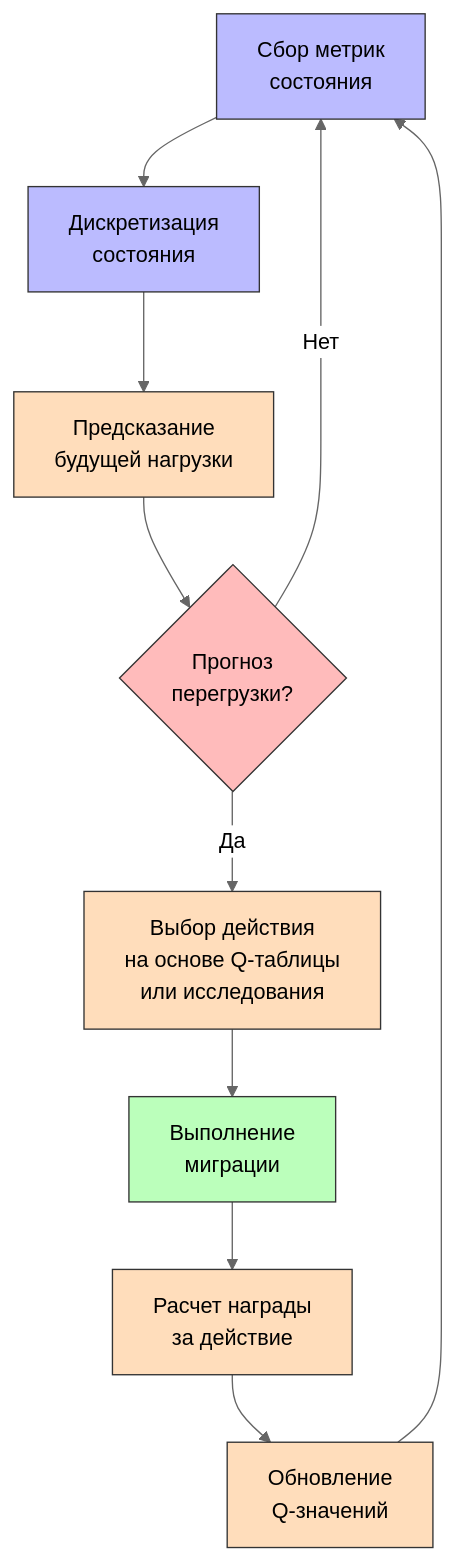
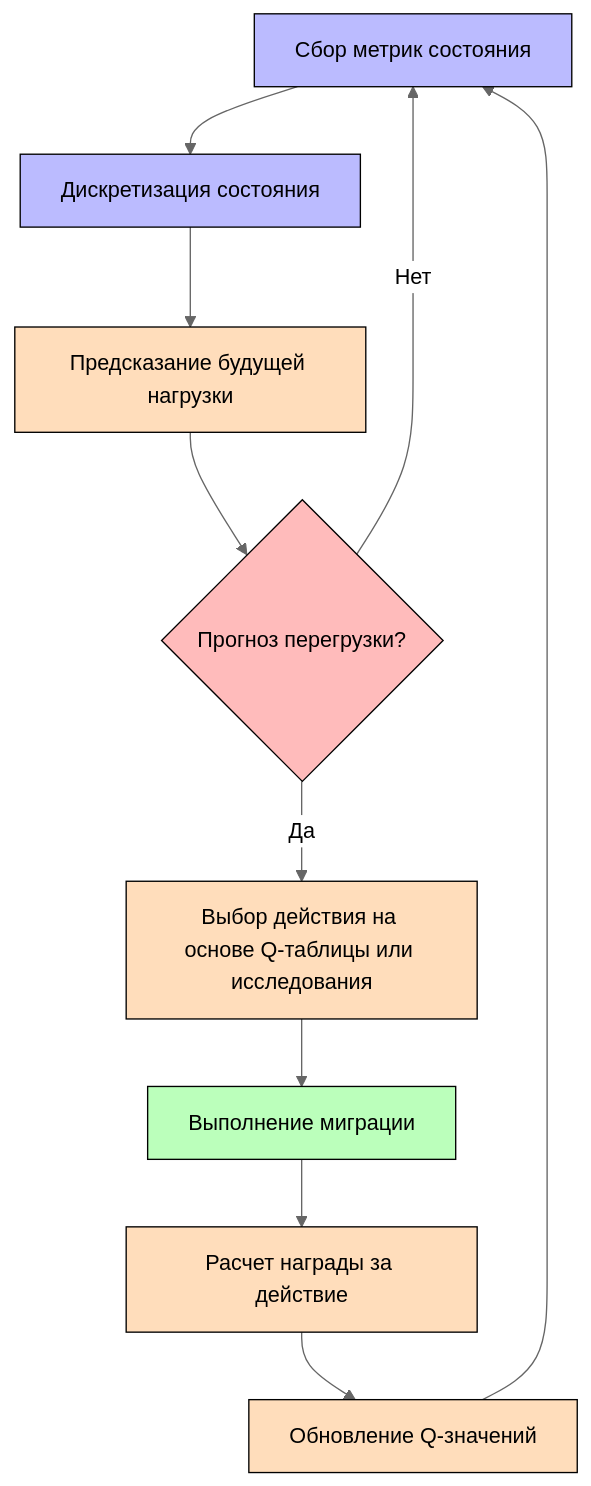
Before and after one commit to JerAndo4/migration_vkr: the diagram in Архитектура/qlearning-model.mermaid, drawn with Mermaid (neutral theme). The commit also changed 42 other files, not shown here.

```diff
--- a/Архитектура/qlearning-model.mermaid
+++ b/Архитектура/qlearning-model.mermaid
@@ -1,19 +1,21 @@
 graph TD
-    A[Сбор метрик<br>состояния] --> B[Дискретизация<br>состояния]
-    B --> C[Предсказание<br>будущей нагрузки]
-    C --> D{Прогноз<br>перегрузки?}
-    D -->|Нет| A
-    D -->|Да| E[Выбор действия<br>на основе Q-таблицы<br>или исследования]
-    E --> F[Выполнение<br>миграции]
-    F --> G[Расчет награды<br>за действие]
-    G --> H[Обновление<br>Q-значений]
+    A[Сбор метрик состояния] --> B[Дискретизация состояния]
+    B --> C[Предсказание будущей нагрузки]
+    C --> D{Прогноз перегрузки?}
+    D -- Нет --> A
+    D -- Да --> E[Выбор действия на основе Q-таблицы или исследования]
+    E --> F[Выполнение миграции]
+    F --> G[Расчет награды за действие]
+    G --> H[Обновление Q-значений]
     H --> A
 
-    style A fill:#bbf,stroke:#333,stroke-width:1px
-    style B fill:#bbf,stroke:#333,stroke-width:1px
-    style C fill:#fdb,stroke:#333,stroke-width:1px
-    style D fill:#fbb,stroke:#333,stroke-width:1px
-    style E fill:#fdb,stroke:#333,stroke-width:1px
-    style F fill:#bfb,stroke:#333,stroke-width:1px
-    style G fill:#fdb,stroke:#333,stroke-width:1px
-    style H fill:#fdb,stroke:#333,stroke-width:1px
+    classDef default fill:white,stroke:black,stroke-width:1px,color:black;
+    classDef decision fill:#fbb,stroke:black,stroke-width:1px,color:black;
+    classDef process fill:#fdb,stroke:black,stroke-width:1px,color:black;
+    classDef data fill:#bbf,stroke:black,stroke-width:1px,color:black;
+    classDef action fill:#bfb,stroke:black,stroke-width:1px,color:black;
+    
+    class A,B data;
+    class C,E,G,H process;
+    class D decision;
+    class F action;
```
